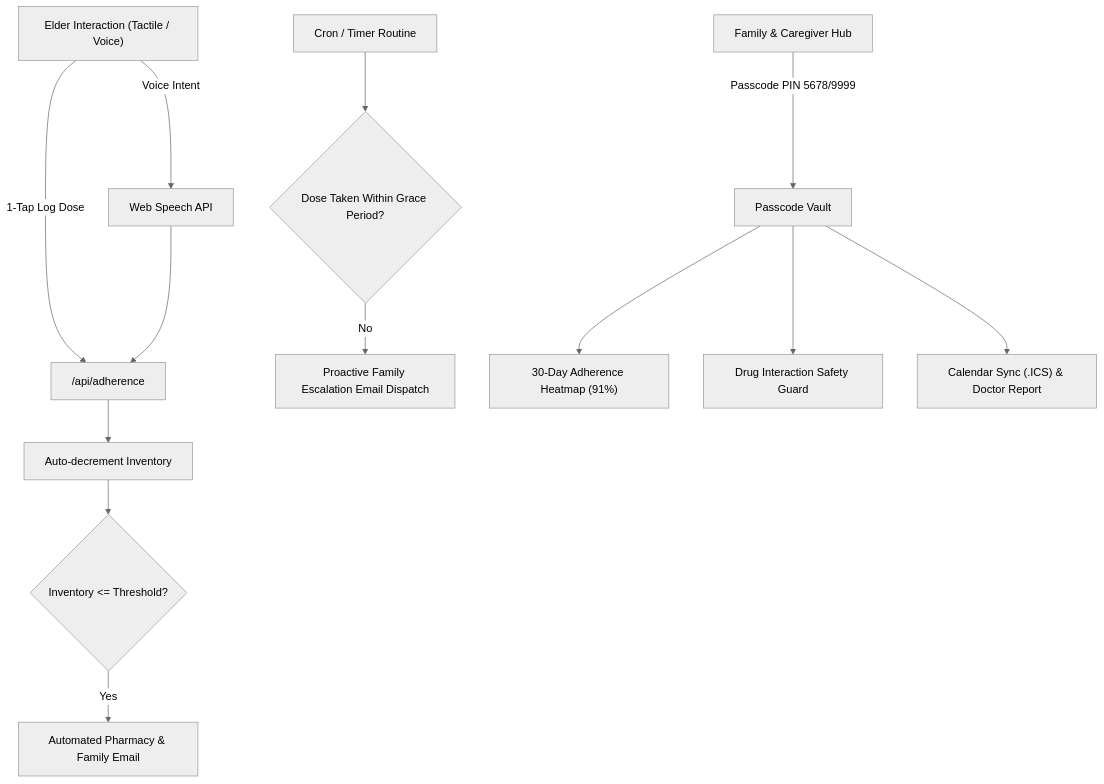
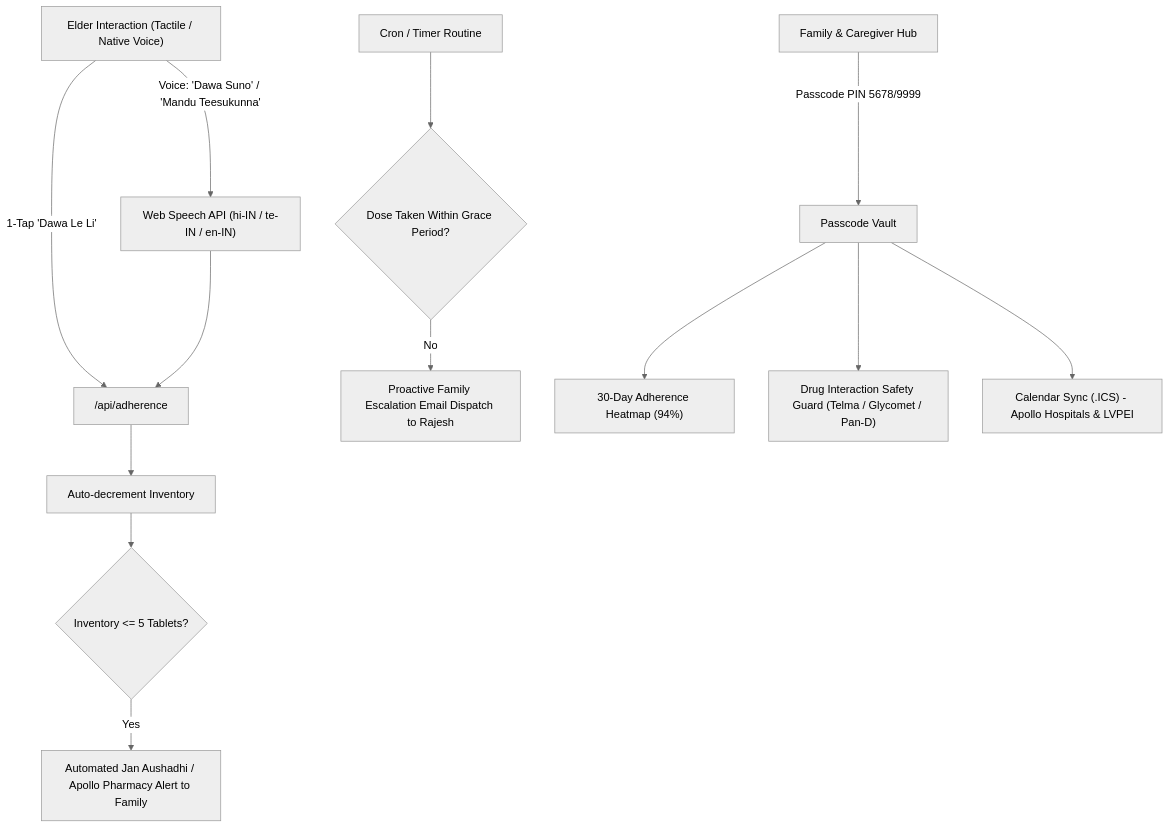
Before and after one commit to Balrajukonne2629/care-cricle: the diagram in README.md, drawn with Mermaid (neutral theme). The commit also changed other lines of this file and 11 other files, not shown here.

Commit message:
feat: Indian healthcare localization, native voice synthesis (Hindi/Telugu/Tamil/English), visual pill badges, and clinical safety

````diff
--- a/README.md
+++ b/README.md
@@ -36,17 +40,17 @@
 ```mermaid
 flowchart TD
-    Elder["Elder Interaction (Tactile / Voice)"] -->|1-Tap Log Dose| AdhApi["/api/adherence"]
-    Elder -->|Voice Intent| SpeechEngine["Web Speech API"] --> AdhApi
+    Elder["Elder Interaction (Tactile / Native Voice)"] -->|1-Tap 'Dawa Le Li'| AdhApi["/api/adherence"]
+    Elder -->|Voice: 'Dawa Suno' / 'Mandu Teesukunna'| SpeechEngine["Web Speech API (hi-IN / te-IN / en-IN)"] --> AdhApi
     
     AdhApi --> Decrement["Auto-decrement Inventory"]
-    Decrement --> CheckThreshold{"Inventory <= Threshold?"}
-    CheckThreshold -->|Yes| RefillAlert["Automated Pharmacy & Family Email"]
+    Decrement --> CheckThreshold{"Inventory <= 5 Tablets?"}
+    CheckThreshold -->|Yes| RefillAlert["Automated Jan Aushadhi / Apollo Pharmacy Alert to Family"]
     
     Scheduler["Cron / Timer Routine"] --> CheckDose{"Dose Taken Within Grace Period?"}
-    CheckDose -->|No| Escalation["Proactive Family Escalation Email Dispatch"]
+    CheckDose -->|No| Escalation["Proactive Family Escalation Email Dispatch to Rajesh"]
     
     Caregiver["Family & Caregiver Hub"] -->|Passcode PIN 5678/9999| AuthVault["Passcode Vault"]
-    AuthVault --> Telemetry["30-Day Adherence Heatmap (91%)"]
-    AuthVault --> Interaction["Drug Interaction Safety Guard"]
-    AuthVault --> Appointments["Calendar Sync (.ICS) & Doctor Report"]
+    AuthVault --> Telemetry["30-Day Adherence Heatmap (94%)"]
+    AuthVault --> Interaction["Drug Interaction Safety Guard (Telma / Glycomet / Pan-D)"]
+    AuthVault --> Appointments["Calendar Sync (.ICS) - Apollo Hospitals & LVPEI"]
 ```
````
